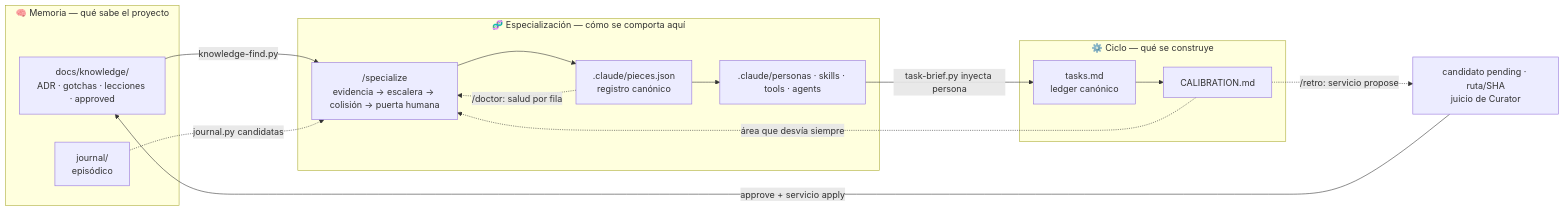
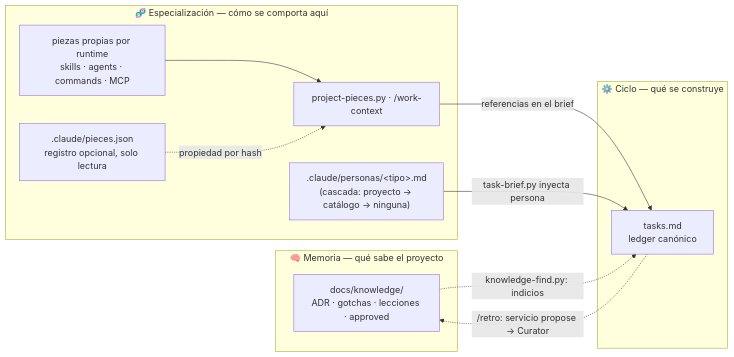
Before and after one commit to daycry/custom-agents: diagram 19 of 25 in docs/FLOWS.md, drawn with Mermaid. The commit also changed other lines of this file and 27 other files, not shown here.

````diff
--- a/docs/FLOWS.md
+++ b/docs/FLOWS.md
@@ -604,25 +602,21 @@
 ```mermaid
 flowchart LR
   subgraph MEM["🧠 Memoria — qué sabe el proyecto"]
     K["docs/knowledge/<br/>ADR · gotchas · lecciones · approved"]
-    J["journal/<br/>episódico"]
   end
   subgraph ESP["🧬 Especialización — cómo se comporta aquí"]
-    SP["/specialize<br/>evidencia → escalera → colisión → puerta humana"]
-    REG[".claude/pieces.json<br/>registro canónico"]
-    PZ[".claude/personas · skills · tools · agents"]
+    PE[".claude/personas/&lt;tipo&gt;.md<br/>(cascada: proyecto → catálogo → ninguna)"]
+    PZ["piezas propias por runtime<br/>skills · agents · commands · MCP"]
+    REG[".claude/pieces.json<br/>registro opcional, solo lectura"]
+    INV["project-pieces.py · /work-context"]
   end
   subgraph CIC["⚙️ Ciclo — qué se construye"]
     T["tasks.md<br/>ledger canónico"]
-    CAL["CALIBRATION.md"]
   end
-  K -->|"knowledge-find.py"| SP
-  J -.->|"journal.py candidatas"| SP
-  CAL -.->|"área que desvía siempre"| SP
-  SP --> REG --> PZ
-  PZ -->|"task-brief.py inyecta persona"| T
-  T --> CAL
-  CAL -.->|"/retro: servicio propose"| CP["candidato pending · ruta/SHA<br/>juicio de Curator"]
-  CP -->|"approve + servicio apply"| K
-  REG -.->|"/doctor: salud por fila"| SP
+  PZ --> INV
+  REG -.->|"propiedad por hash"| INV
+  INV -->|"referencias en el brief"| T
+  PE -->|"task-brief.py inyecta persona"| T
+  K -.->|"knowledge-find.py: indicios"| T
+  T -.->|"/retro: servicio propose → Curator"| K
 ```
````
